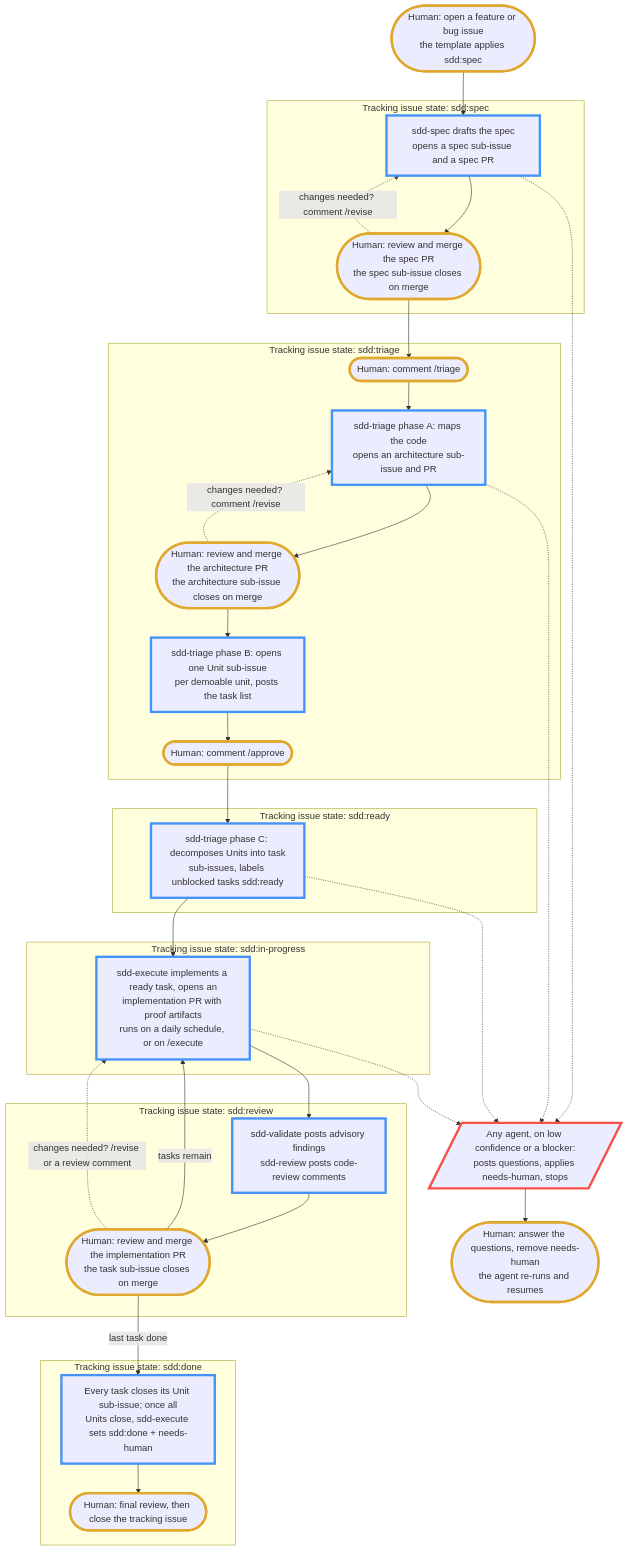
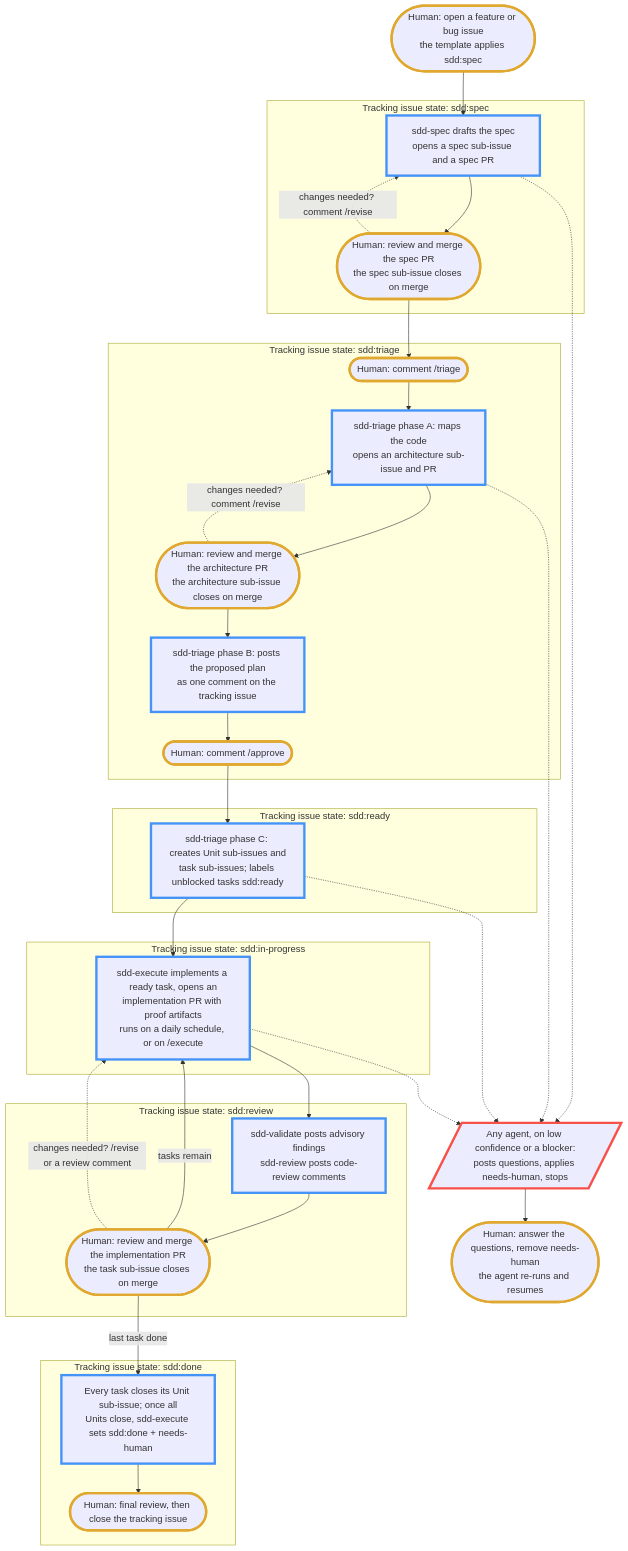
The diagram in docs/sdd/index.md (norrietaylor/spectacles), drawn with Mermaid before and after one commit. The commit also changed other lines of this file and 7 other files, not shown here.

First line of the commit message:
feat(sdd-triage): post plan as comment; create tree on /approve (#79)

````diff
--- a/docs/sdd/index.md
+++ b/docs/sdd/index.md
@@ -38,56 +40,56 @@
 ```mermaid
 flowchart TD
     classDef human stroke:#e0a82e,stroke-width:4px;
     classDef agent stroke:#4493f8,stroke-width:4px;
     classDef handoff stroke:#f85149,stroke-width:4px;
 
     open([Human: open a feature or bug issue<br/>the template applies sdd:spec]):::human
 
     subgraph s_spec [Tracking issue state: sdd:spec]
         a_spec[sdd-spec drafts the spec<br/>opens a spec sub-issue and a spec PR]:::agent
         h_spec([Human: review and merge the spec PR<br/>the spec sub-issue closes on merge]):::human
     end
 
     subgraph s_triage [Tracking issue state: sdd:triage]
         h_triage([Human: comment /triage]):::human
         a_arch[sdd-triage phase A: maps the code<br/>opens an architecture sub-issue and PR]:::agent
         h_arch([Human: review and merge the architecture PR<br/>the architecture sub-issue closes on merge]):::human
-        a_units[sdd-triage phase B: opens one Unit sub-issue<br/>per demoable unit, posts the task list]:::agent
+        a_units[sdd-triage phase B: posts the proposed plan<br/>as one comment on the tracking issue]:::agent
         h_approve([Human: comment /approve]):::human
     end
 
     subgraph s_ready [Tracking issue state: sdd:ready]
-        a_tasks[sdd-triage phase C: decomposes Units into task<br/>sub-issues, labels unblocked tasks sdd:ready]:::agent
+        a_tasks[sdd-triage phase C: creates Unit sub-issues and<br/>task sub-issues; labels unblocked tasks sdd:ready]:::agent
     end
 
     subgraph s_progress [Tracking issue state: sdd:in-progress]
         a_exec[sdd-execute implements a ready task, opens an<br/>implementation PR with proof artifacts<br/>runs on a daily schedule, or on /execute]:::agent
     end
 
     subgraph s_review [Tracking issue state: sdd:review]
         a_check[sdd-validate posts advisory findings<br/>sdd-review posts code-review comments]:::agent
         h_merge([Human: review and merge the implementation PR<br/>the task sub-issue closes on merge]):::human
     end
 
     subgraph s_done [Tracking issue state: sdd:done]
         a_done[Every task closes its Unit sub-issue; once all<br/>Units close, sdd-execute sets sdd:done + needs-human]:::agent
         h_close([Human: final review, then close the tracking issue]):::human
     end
 
     open --> a_spec --> h_spec --> h_triage --> a_arch --> h_arch
     h_arch --> a_units --> h_approve --> a_tasks --> a_exec --> a_check --> h_merge
     h_merge -->|tasks remain| a_exec
     h_merge -->|last task done| a_done --> h_close
 
     hand[/"Any agent, on low confidence or a blocker:<br/>posts questions, applies needs-human, stops"/]:::handoff
     ans([Human: answer the questions, remove needs-human<br/>the agent re-runs and resumes]):::human
     a_spec -.-> hand
     a_arch -.-> hand
     a_tasks -.-> hand
     a_exec -.-> hand
     hand --> ans
 
     h_spec -.->|changes needed? comment /revise| a_spec
     h_arch -.->|changes needed? comment /revise| a_arch
     h_merge -.->|changes needed? /revise or a review comment| a_exec
 ```
````
